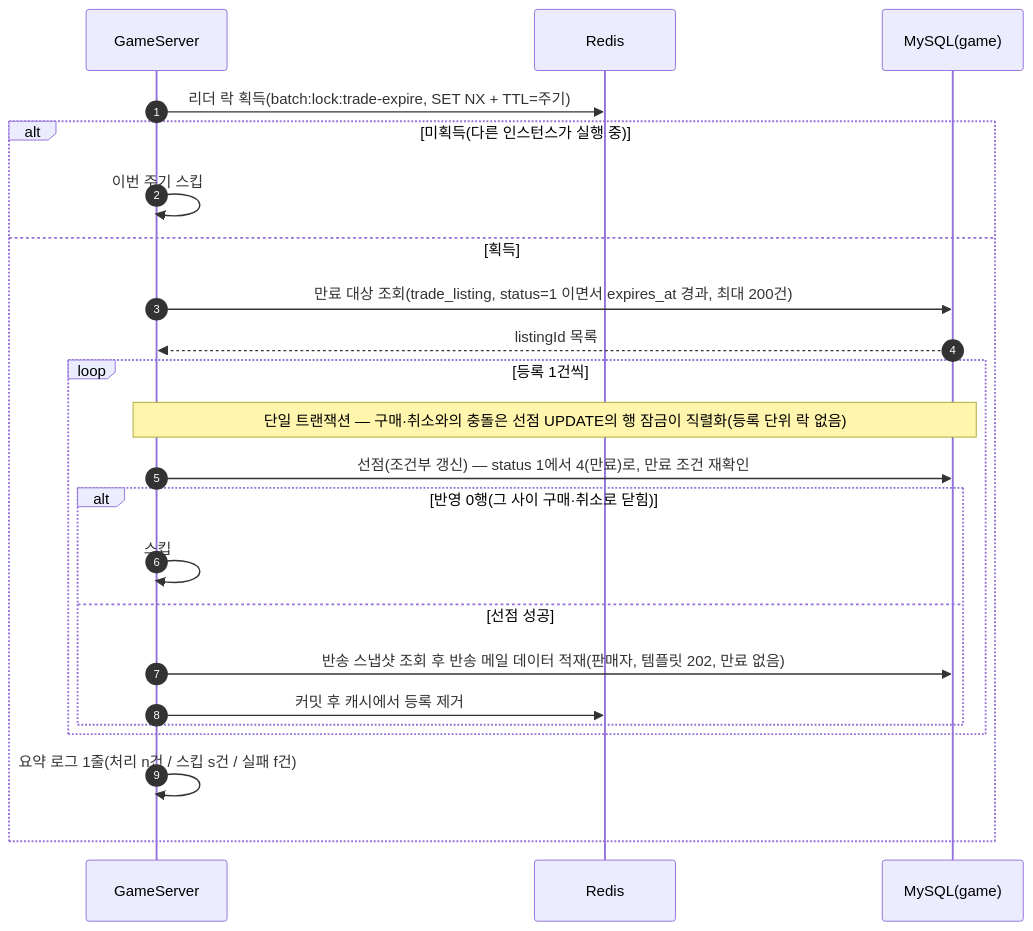
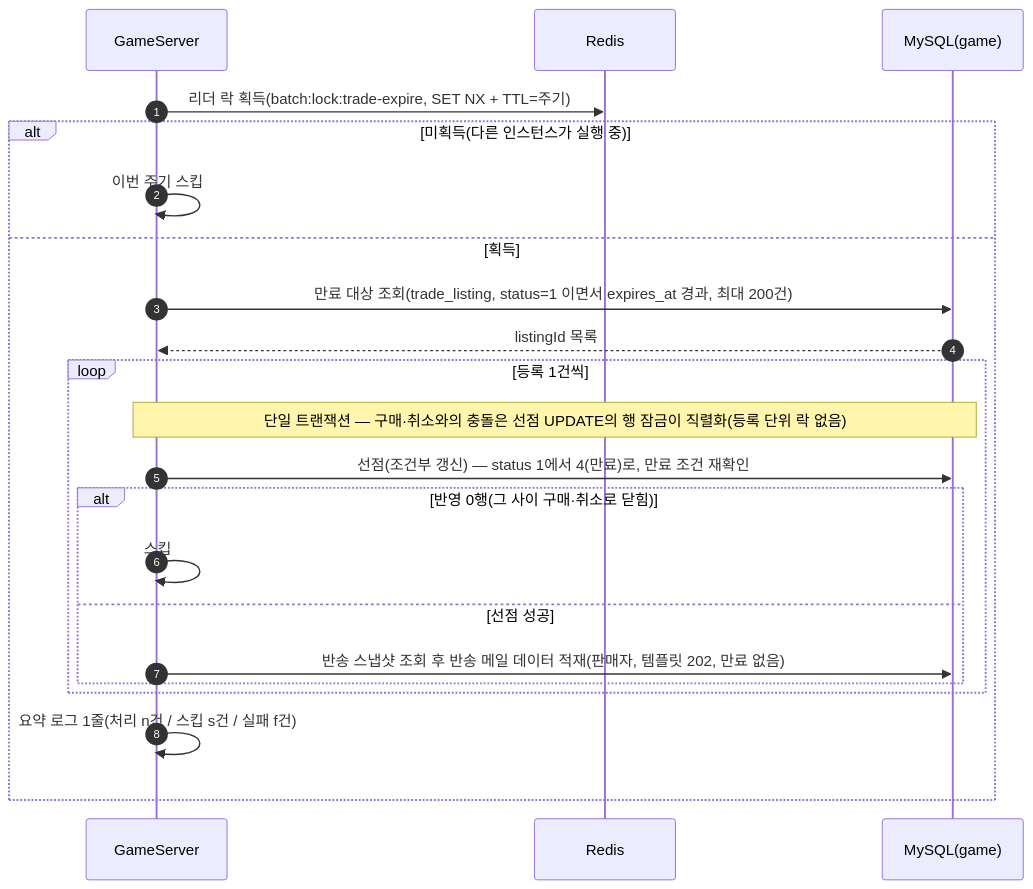
Diagram 29 of 38 in SequenceDiagram/README.md (ks-wook/com2us-taskbar-hero), drawn with Mermaid before and after one commit. The commit also changed other lines of this file and 9 other files, not shown here.

````diff
--- a/SequenceDiagram/README.md
+++ b/SequenceDiagram/README.md
@@ -926,26 +911,25 @@
 ```mermaid
 sequenceDiagram
     autonumber
     participant S as GameServer
     participant R as Redis
     participant DB as MySQL(game)
 
     S->>R: 리더 락 획득(batch:lock:trade-expire, SET NX + TTL=주기)
     alt 미획득(다른 인스턴스가 실행 중)
         S->>S: 이번 주기 스킵
     else 획득
         S->>DB: 만료 대상 조회(trade_listing, status=1 이면서 expires_at 경과, 최대 200건)
         DB-->>S: listingId 목록
         loop 등록 1건씩
             Note over S,DB: 단일 트랜잭션 — 구매·취소와의 충돌은 선점 UPDATE의 행 잠금이 직렬화(등록 단위 락 없음)
             S->>DB: 선점(조건부 갱신) — status 1에서 4(만료)로, 만료 조건 재확인
             alt 반영 0행(그 사이 구매·취소로 닫힘)
                 S->>S: 스킵
             else 선점 성공
                 S->>DB: 반송 스냅샷 조회 후 반송 메일 데이터 적재(판매자, 템플릿 202, 만료 없음)
-                S->>R: 커밋 후 캐시에서 등록 제거
-            end
+                    end
         end
         S->>S: 요약 로그 1줄(처리 n건 / 스킵 s건 / 실패 f건)
     end
 ```
````
